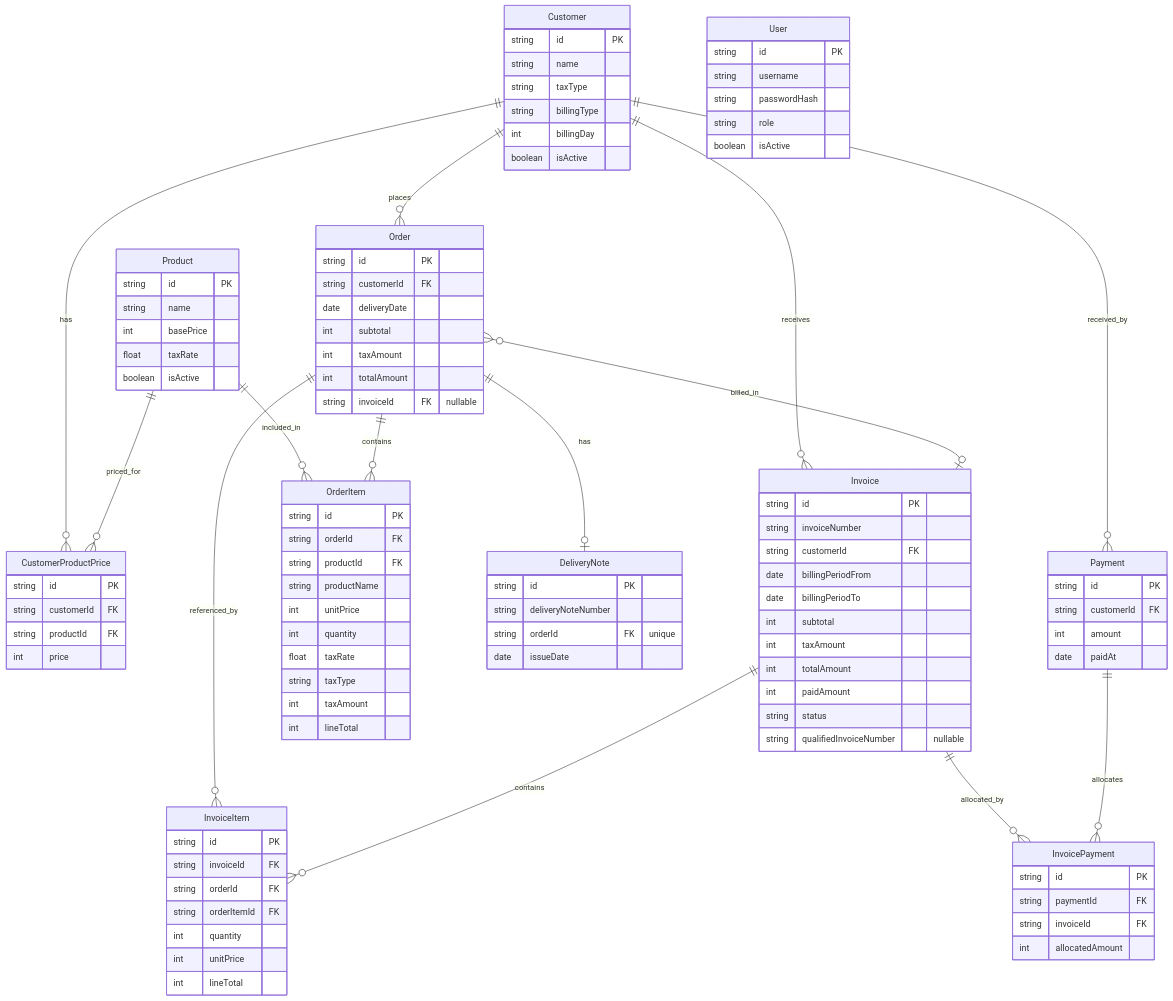
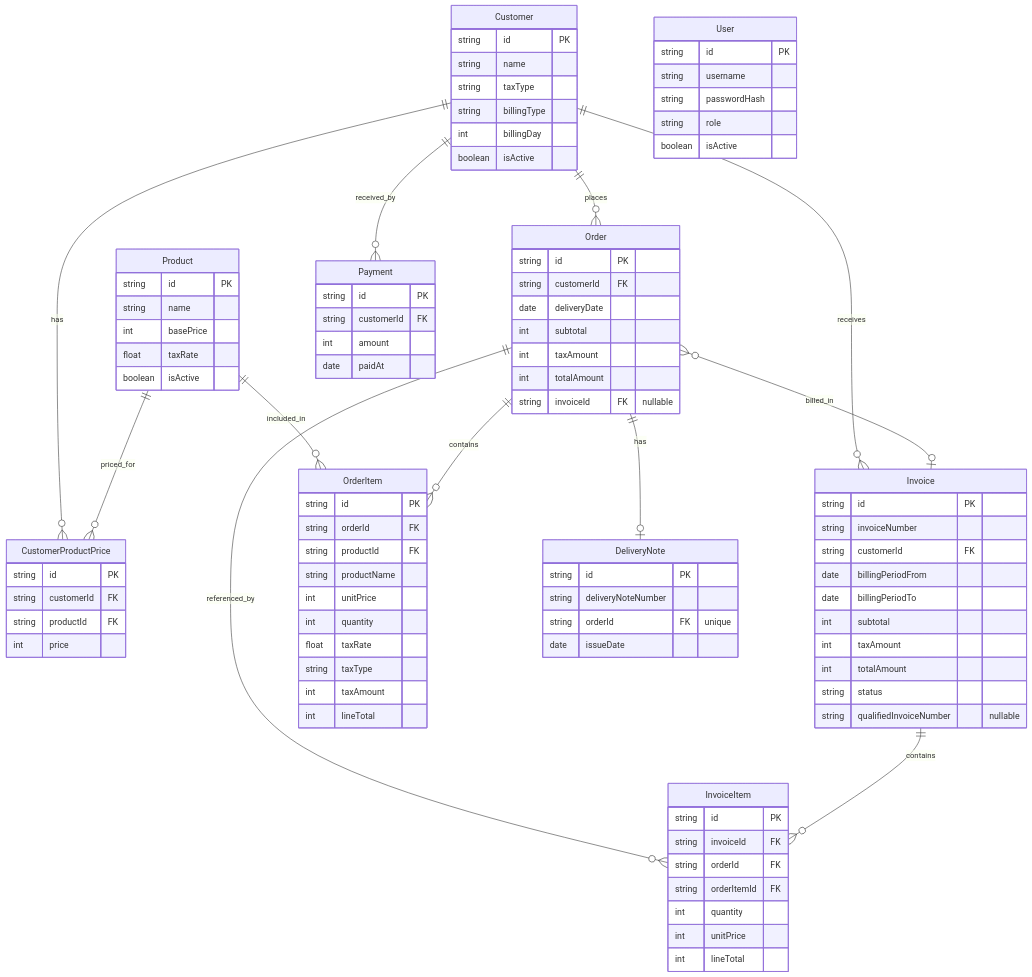
Before and after one commit to karitonov/karitonov.github.io: the second of 6 diagrams in docs/ManagementSystem/functional-design.md, drawn with Mermaid. The commit also changed other lines of this file and 4 other files, not shown here.

```diff
--- a/docs/ManagementSystem/functional-design.md
+++ b/docs/ManagementSystem/functional-design.md
@@ -351,9 +331,7 @@
     Order }o--o| Invoice : billed_in
 
     Invoice ||--o{ InvoiceItem : contains
-    Invoice ||--o{ InvoicePayment : allocated_by
     Customer ||--o{ Payment : received_by
-    Payment ||--o{ InvoicePayment : allocates
 
     Customer {
         string id PK
@@ -411,7 +389,6 @@
         int subtotal
         int taxAmount
         int totalAmount
-        int paidAmount
         string status
         string qualifiedInvoiceNumber "nullable"
     }
@@ -433,13 +410,6 @@
         date paidAt
     }
 
-    InvoicePayment {
-        string id PK
-        string paymentId FK
-        string invoiceId FK
-        int allocatedAmount
-    }
-
     DeliveryNote {
         string id PK
         string deliveryNoteNumber
```
